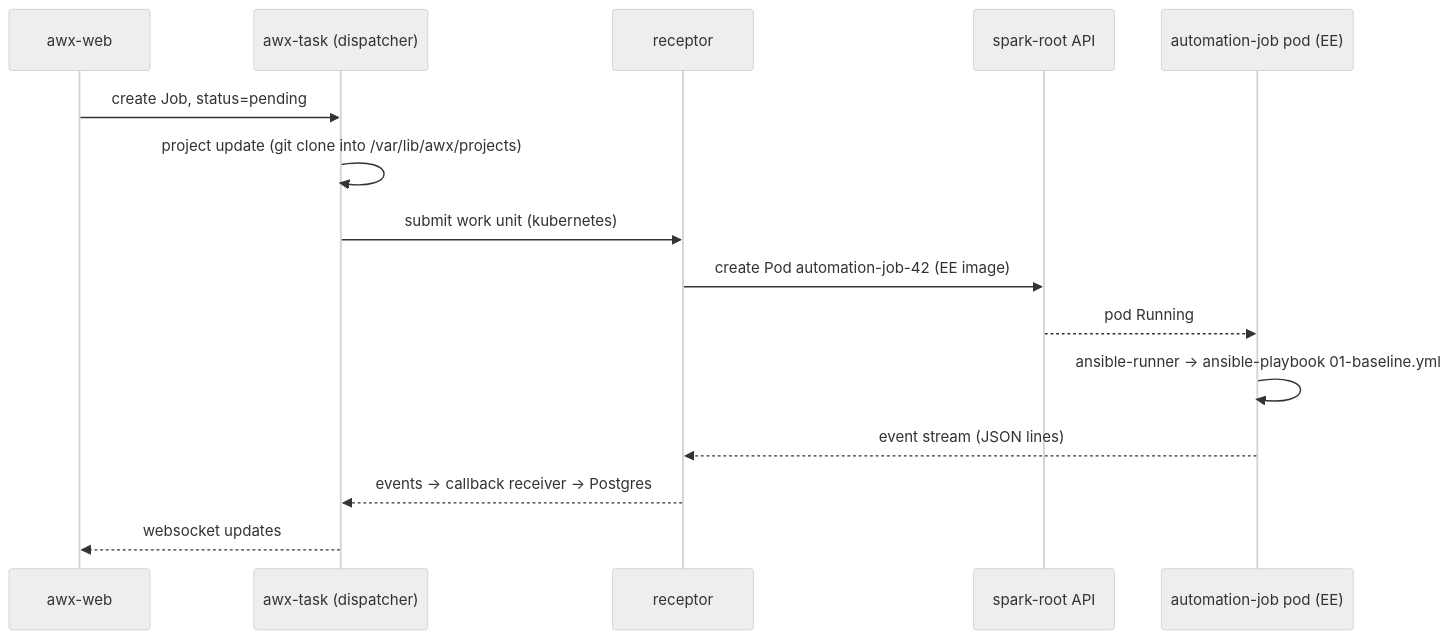
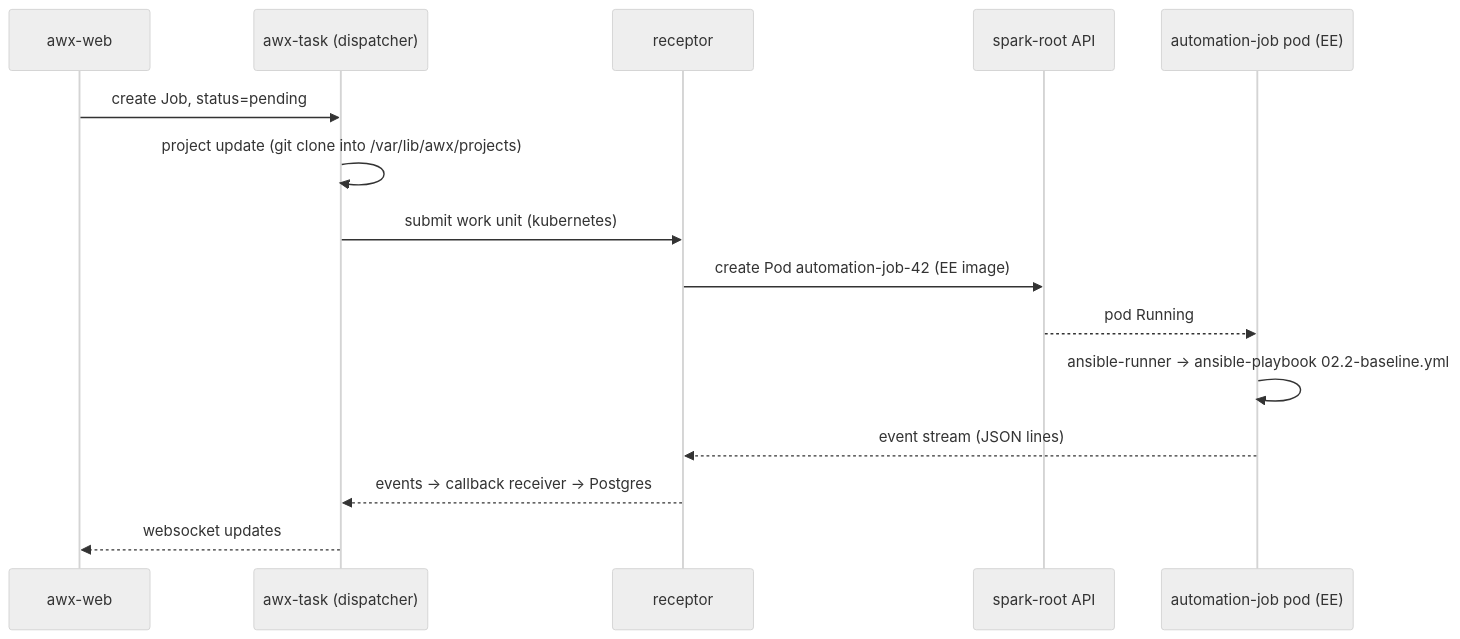
One commit to cloudone365/technical-depth changed the second of 2 diagrams in 01-Ansible/23-awx-install-and-configuration-as-code.md. Above: the diagram before and after it, drawn with Mermaid (neutral theme). The commit also changed other lines of this file and 242 other files, not shown here.

````diff
--- a/01-Ansible/23-awx-install-and-configuration-as-code.md
+++ b/01-Ansible/23-awx-install-and-configuration-as-code.md
@@ -257,17 +257,17 @@
 ```mermaid
 sequenceDiagram
   participant UI as awx-web
   participant T as awx-task (dispatcher)
   participant R as receptor
   participant K as spark-root API
   participant J as automation-job pod (EE)
   UI->>T: create Job, status=pending
   T->>T: project update (git clone into /var/lib/awx/projects)
   T->>R: submit work unit (kubernetes)
   R->>K: create Pod automation-job-42 (EE image)
   K-->>J: pod Running
-  J->>J: ansible-runner → ansible-playbook 01-baseline.yml
+  J->>J: ansible-runner → ansible-playbook 02.2-baseline.yml
   J-->>R: event stream (JSON lines)
   R-->>T: events → callback receiver → Postgres
   T-->>UI: websocket updates
 ```
````
